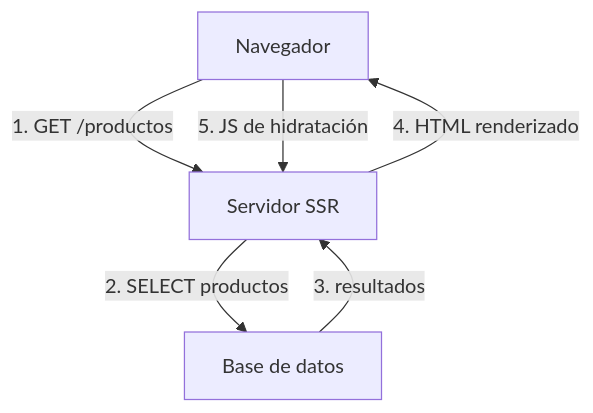
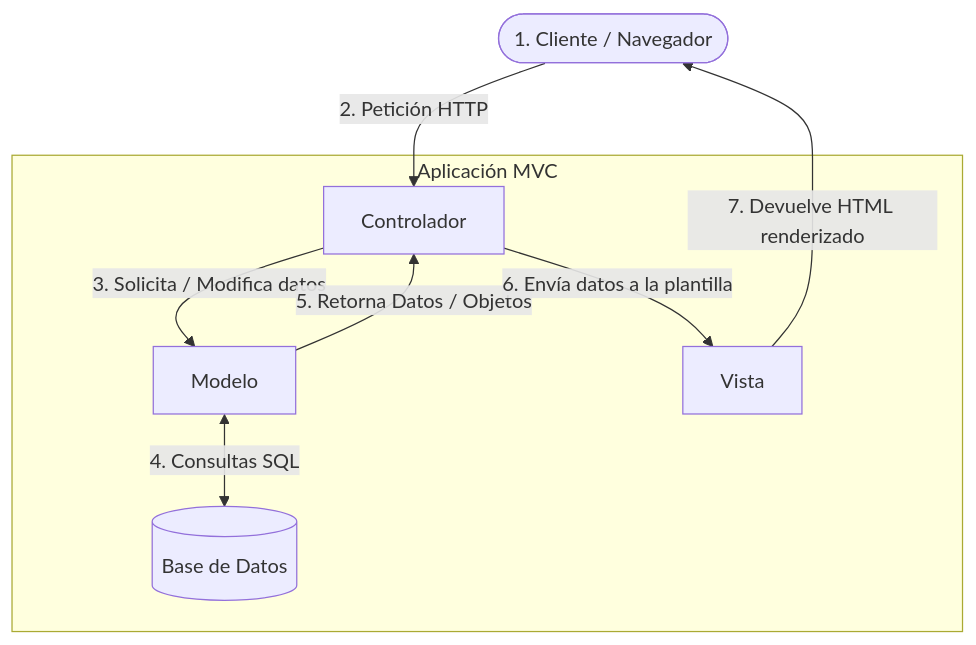
One commit to ATorresCode/dwes changed diagram 12 of 13 in docs/u01/index.md. Above: the diagram before and after it, drawn with Mermaid. The commit also changed other lines of this file and 5 other files, not shown here.

````diff
--- a/docs/u01/index.md
+++ b/docs/u01/index.md
@@ -302,12 +544,13 @@
 ```mermaid
 graph TD
-  browser[Navegador]
-  ssr[Servidor SSR]
-  database[Base de datos]
-
-  browser -->|1. GET /productos| ssr
-  ssr -->|2. SELECT productos| database
-  database -->|3. resultados| ssr
-  ssr -->|4. HTML renderizado| browser
-  browser -->|5. JS de hidratación| ssr
+    Client([1. Cliente / Navegador]) -->|2. Petición HTTP| Ctrl[Controlador]
+    
+    subgraph Aplicación MVC
+        Ctrl -->|3. Solicita / Modifica datos| Mod[Modelo]
+        Mod <-->|4. Consultas SQL| DB[(Base de Datos)]
+        Mod -->|5. Retorna Datos / Objetos| Ctrl
+        Ctrl -->|6. Envía datos a la plantilla| Vis[Vista]
+    end
+    
+    Vis -->|7. Devuelve HTML renderizado| Client
 ```
````
